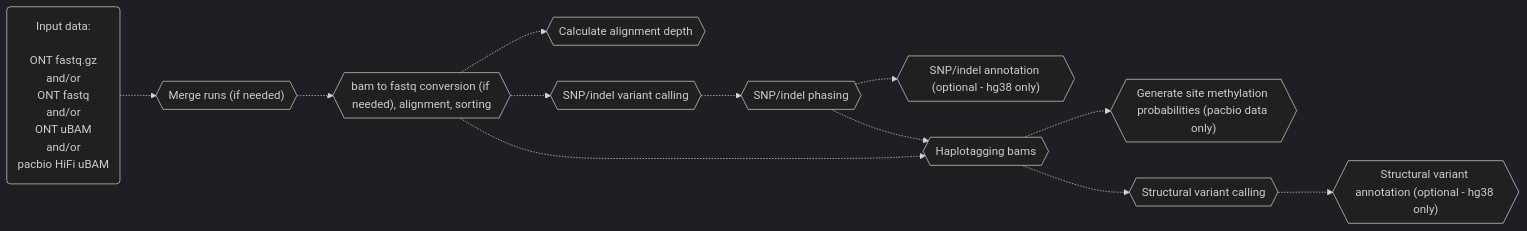
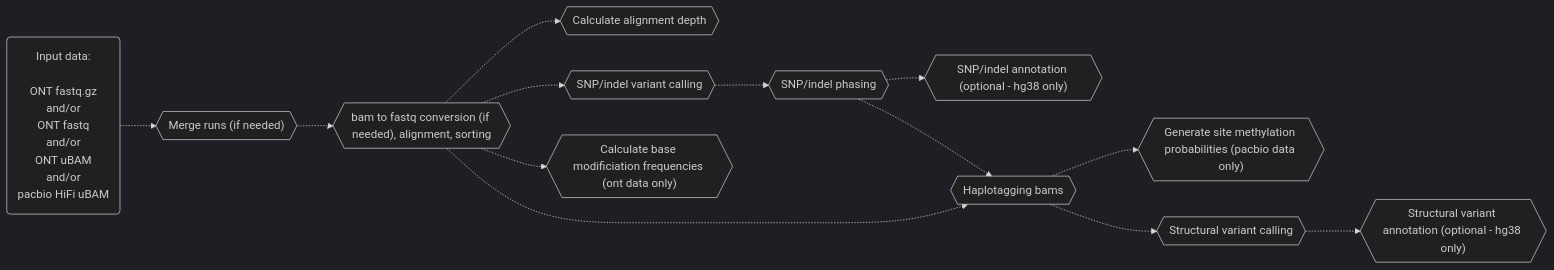
Before and after one commit to leahkemp/pipeface: the first of 2 diagrams in README.md, drawn with Mermaid. The commit also changed other lines of this file and 4 other files, not shown here.

````diff
--- a/README.md
+++ b/README.md
@@ -17,24 +17,26 @@
 ```mermaid
 %%{init: {'theme':'dark'}}%%
 flowchart LR
 
 input_data("Input data: <br><br> ONT fastq.gz <br> and/or <br> ONT fastq <br> and/or <br> ONT uBAM <br> and/or <br> pacbio HiFi uBAM")
 merging{{"Merge runs (if needed)"}}
 alignment{{"bam to fastq conversion (if needed), alignment, sorting"}}
 depth{{"Calculate alignment depth"}}
 snp_indel_calling{{"SNP/indel variant calling"}}
 snp_indel_phasing{{"SNP/indel phasing"}}
 snp_indel_annotation{{"SNP/indel annotation (optional - hg38 only)"}}
 haplotagging{{"Haplotagging bams"}}
+calculate_base_mod_freqs{{"Calculate base modificiation frequencies (ont data only)"}}
 generate_meth_probs{{"Generate site methylation probabilities (pacbio data only)"}}
 sv_calling{{"Structural variant calling"}}
 sv_annotation{{"Structural variant annotation (optional - hg38 only)"}}
 
 input_data-.->merging-.->alignment-.->snp_indel_calling-.->snp_indel_phasing-.->haplotagging-.->sv_calling
 alignment-.->depth
+alignment-.->calculate_base_mod_freqs
 alignment-.->haplotagging
 haplotagging-.->generate_meth_probs
 snp_indel_phasing-.->snp_indel_annotation
 sv_calling-.->sv_annotation
 
 ```
````
